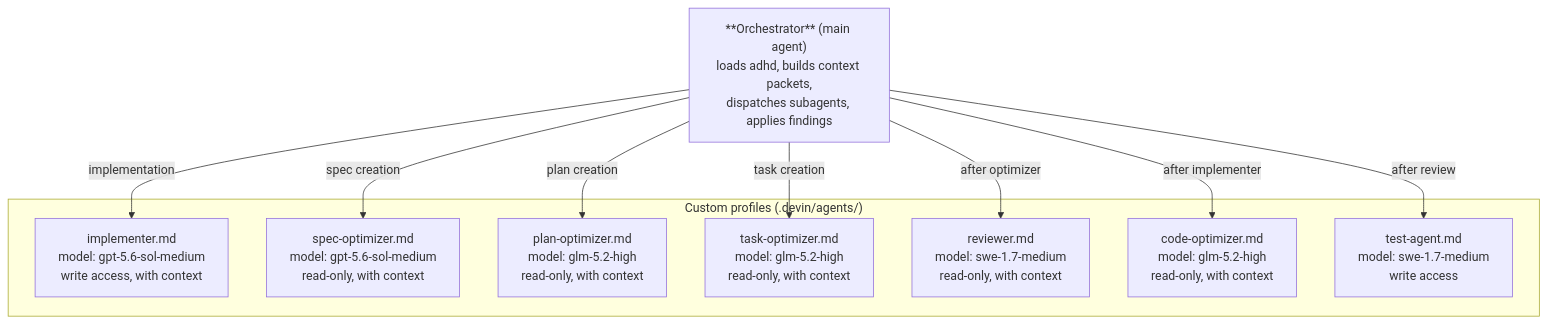
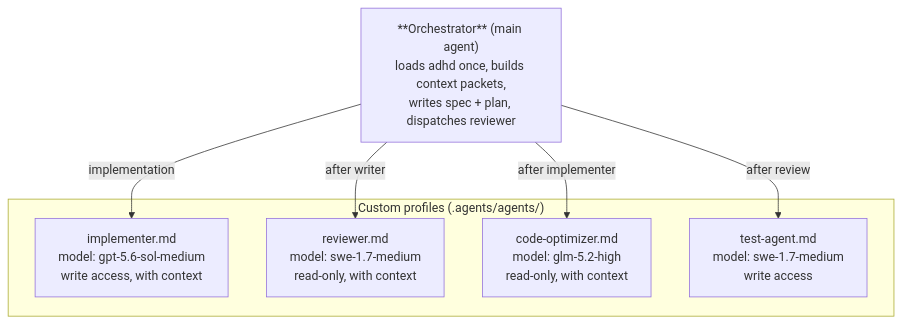
One commit to bperin/project-context changed the fourth of 4 diagrams in README.md. Above: the diagram before and after it, drawn with Mermaid. The commit also changed other lines of this file and 67 other files, not shown here.

````diff
--- a/README.md
+++ b/README.md
@@ -143,22 +155,16 @@
 ```mermaid
 graph TD
-    ORCH["**Orchestrator** (main agent)<br/>loads adhd, builds context packets,<br/>dispatches subagents, applies findings"]
+    ORCH["**Orchestrator** (main agent)<br/>loads adhd once, builds context packets,<br/>writes spec + plan, dispatches reviewer"]
 
-    subgraph "Custom profiles (.devin/agents/)"
+    subgraph "Custom profiles (.agents/agents/)"
         IMPL["implementer.md<br/>model: gpt-5.6-sol-medium<br/>write access, with context"]
-        SPECOPT["spec-optimizer.md<br/>model: gpt-5.6-sol-medium<br/>read-only, with context"]
-        PLANOPT["plan-optimizer.md<br/>model: glm-5.2-high<br/>read-only, with context"]
-        TASKOPT["task-optimizer.md<br/>model: glm-5.2-high<br/>read-only, with context"]
         REV["reviewer.md<br/>model: swe-1.7-medium<br/>read-only, with context"]
         CODEOPT["code-optimizer.md<br/>model: glm-5.2-high<br/>read-only, with context"]
         TEST["test-agent.md<br/>model: swe-1.7-medium<br/>write access"]
     end
 
     ORCH -->|"implementation"| IMPL
-    ORCH -->|"spec creation"| SPECOPT
-    ORCH -->|"plan creation"| PLANOPT
-    ORCH -->|"task creation"| TASKOPT
-    ORCH -->|"after optimizer"| REV
+    ORCH -->|"after writer"| REV
     ORCH -->|"after implementer"| CODEOPT
     ORCH -->|"after review"| TEST
 ```
````
